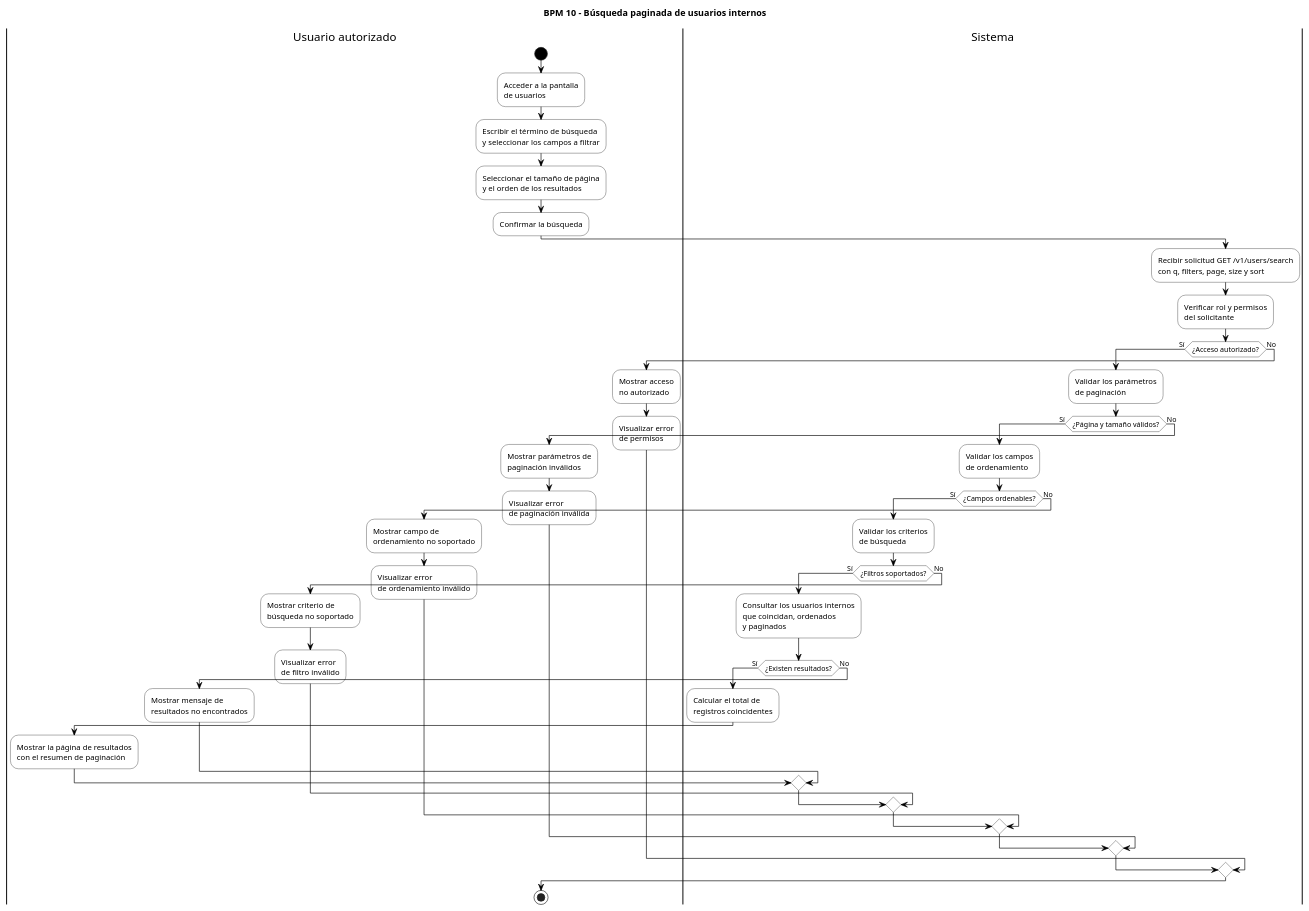
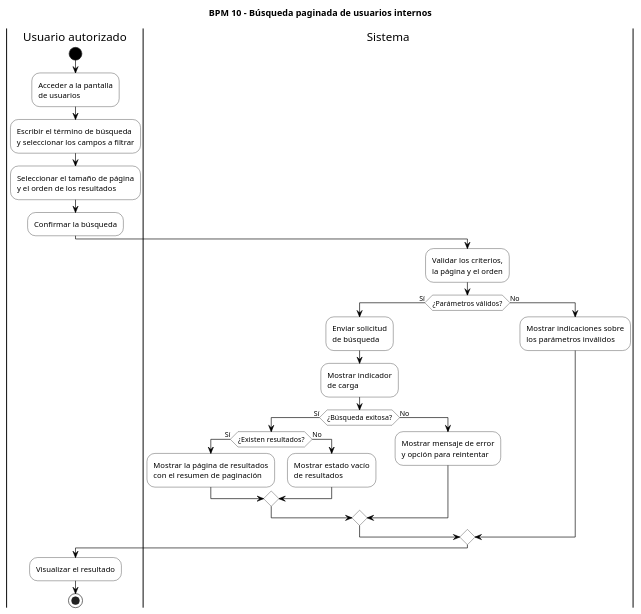
The diagram in docs/diagrams/users/bpm/10-search-internal-users-bpm.puml (U25256708/identity-service), drawn with PlantUML before and after one commit. The commit also changed 24 other files, not shown here.

```diff
--- a/docs/diagrams/users/bpm/10-search-internal-users-bpm.puml
+++ b/docs/diagrams/users/bpm/10-search-internal-users-bpm.puml
@@ -1,131 +1,55 @@
 @startuml
 title BPM 10 - Búsqueda paginada de usuarios internos
 
 skinparam backgroundColor white
 skinparam defaultFontName Arial
 skinparam shadowing false
 skinparam ArrowColor black
 
 skinparam activity {
     BackgroundColor white
     BorderColor black
     FontColor black
     DiamondBackgroundColor white
     DiamondBorderColor black
     StartColor black
     EndColor black
 }
 
 |Usuario autorizado|
-
 start
-
 :Acceder a la pantalla
 de usuarios;
-
 :Escribir el término de búsqueda
 y seleccionar los campos a filtrar;
-
 :Seleccionar el tamaño de página
 y el orden de los resultados;
-
 :Confirmar la búsqueda;
-
 |Sistema|
-
-:Recibir solicitud GET /v1/users/search
-con q, filters, page, size y sort;
-
-:Verificar rol y permisos
-del solicitante;
-
-if (¿Acceso autorizado?) then (Sí)
-
-    :Validar los parámetros
-    de paginación;
-
-    if (¿Página y tamaño válidos?) then (Sí)
-
-        :Validar los campos
-        de ordenamiento;
-
-        if (¿Campos ordenables?) then (Sí)
-
-            :Validar los criterios
-            de búsqueda;
-
-            if (¿Filtros soportados?) then (Sí)
-
-                :Consultar los usuarios internos
-                que coincidan, ordenados
-                y paginados;
-
-                if (¿Existen resultados?) then (Sí)
-
-                    :Calcular el total de
-                    registros coincidentes;
-
-                    |Usuario autorizado|
-
-                    :Mostrar la página de resultados
-                    con el resumen de paginación;
-
-                else (No)
-
-                    |Usuario autorizado|
-
-                    :Mostrar mensaje de
-                    resultados no encontrados;
-
-                endif
-
-            else (No)
-
-                :Mostrar criterio de
-                búsqueda no soportado;
-
-                |Usuario autorizado|
-
-                :Visualizar error
-                de filtro inválido;
-
-            endif
-
+:Validar los criterios,
+la página y el orden;
+if (¿Parámetros válidos?) then (Sí)
+    :Enviar solicitud
+de búsqueda;
+    :Mostrar indicador
+de carga;
+    if (¿Búsqueda exitosa?) then (Sí)
+        if (¿Existen resultados?) then (Sí)
+            :Mostrar la página de resultados
+con el resumen de paginación;
         else (No)
-
-            :Mostrar campo de
-            ordenamiento no soportado;
-
-            |Usuario autorizado|
-
-            :Visualizar error
-            de ordenamiento inválido;
-
+            :Mostrar estado vacío
+de resultados;
         endif
-
     else (No)
-
-        :Mostrar parámetros de
-        paginación inválidos;
-
-        |Usuario autorizado|
-
-        :Visualizar error
-        de paginación inválida;
-
+        :Mostrar mensaje de error
+y opción para reintentar;
     endif
-
 else (No)
-
-    :Mostrar acceso
-    no autorizado;
-
-    |Usuario autorizado|
-
-    :Visualizar error
-    de permisos;
-
+    :Mostrar indicaciones sobre
+los parámetros inválidos;
 endif
-
+|Usuario autorizado|
+:Visualizar el resultado;
 stop
 @enduml
```
